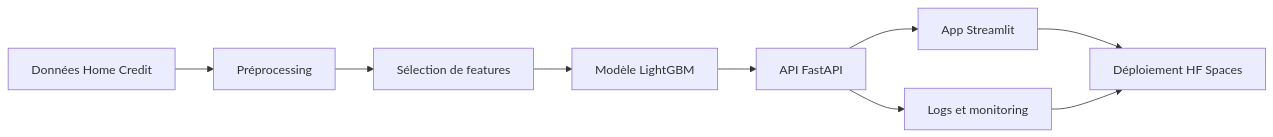
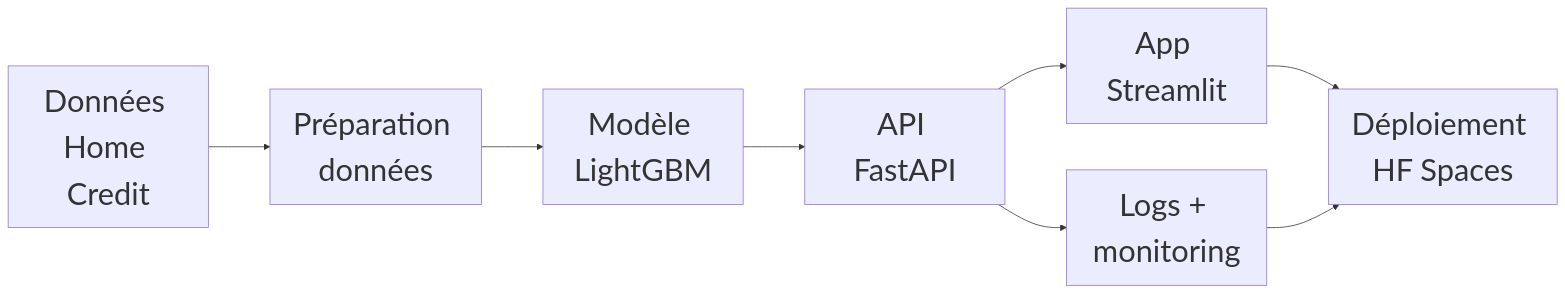
The diagram in docs/index.md (olivierbinder/Credit_scoring), drawn with Mermaid before and after one commit. The commit also changed other lines of this file and 27 other files, not shown here.

````diff
--- a/docs/index.md
+++ b/docs/index.md
@@ -19,11 +9,11 @@
 ```mermaid
+%%{init: {"themeVariables": {"fontSize": "40px"}, "flowchart": {"nodeSpacing": 60, "rankSpacing": 80, "arrowMarkerAbsolute": true}} }%%
 flowchart LR
-    A[Données Home Credit] --> B[Préprocessing]
-    B --> C[Sélection de features]
-    C --> D[Modèle LightGBM]
-    D --> E[API FastAPI]
-    E --> F[App Streamlit]
-    E --> G[Logs et monitoring]
-    F --> H[Déploiement HF Spaces]
-    G --> H
+    A[Données Home Credit] --> B[Préparation données]
+    B --> C[Modèle LightGBM]
+    C --> D[API FastAPI]
+    D --> E[App Streamlit]
+    D --> F[Logs + monitoring]
+    E --> G[Déploiement HF Spaces]
+    F --> G
 ```
````
